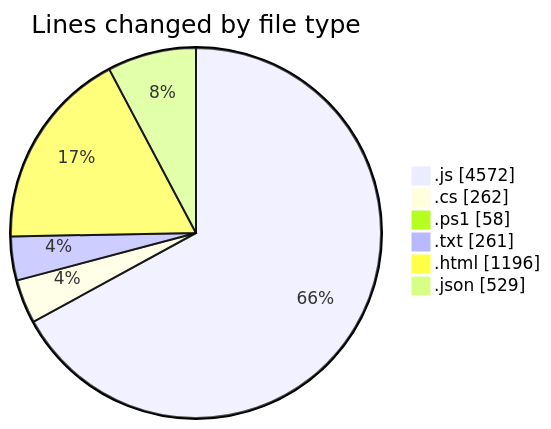
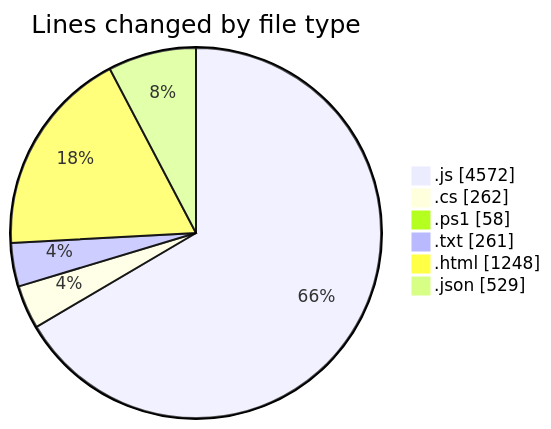
One commit to becaeroporto-bot/code-tracking changed the first of 2 diagrams in 2026-02-17/bot_v1_2/README.md. Above: the diagram before and after it, drawn with Mermaid. The commit also changed other lines of this file and 1 other file, not shown here.

````diff
--- a/2026-02-17/bot_v1_2/README.md
+++ b/2026-02-17/bot_v1_2/README.md
@@ -36,10 +36,10 @@
 ```mermaid
 pie showData
 title Lines changed by file type
 ".js" : 4572
 ".cs" : 262
 ".ps1" : 58
 ".txt" : 261
-".html" : 1196
+".html" : 1248
 ".json" : 529
 ```
````
